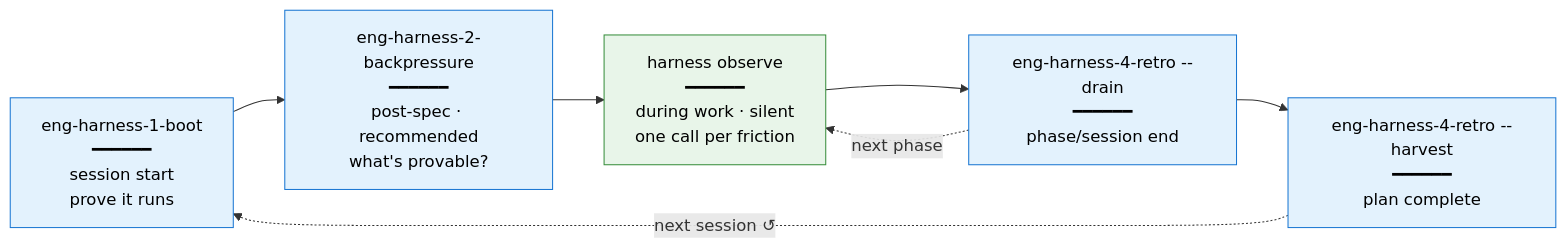
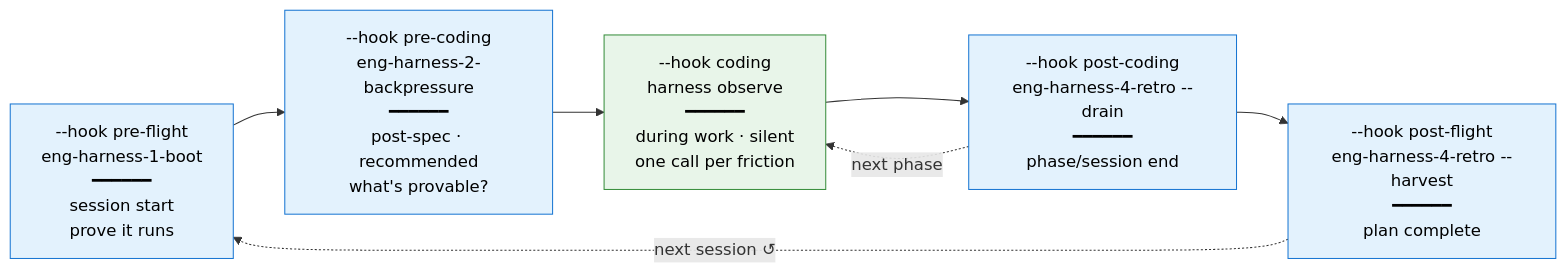
Before and after one commit to AI-Substrate/harness-engineering: the second of 3 diagrams in skills/eng-harness-loop/eng-harness-flow/references/getting-started.md, drawn with Mermaid. The commit also changed other lines of this file and 26 other files, not shown here.

First line of the commit message:
feat(021): five neutral lifecycle hooks for eng-harness-flow (--hook/--hooks/--help) (#25)

````diff
--- a/skills/eng-harness-loop/eng-harness-flow/references/getting-started.md
+++ b/skills/eng-harness-loop/eng-harness-flow/references/getting-started.md
@@ -95,15 +99,15 @@
 ```mermaid
 flowchart LR
     classDef manual fill:#e3f2fd,stroke:#1976d2,color:#000
     classDef auto fill:#e8f5e9,stroke:#388e3c,color:#000
 
-    B["eng-harness-1-boot<br/>━━━━━━<br/>session start<br/>prove it runs"]:::manual
-    BP["eng-harness-2-backpressure<br/>━━━━━━<br/>post-spec · recommended<br/>what's provable?"]:::manual
-    O["harness observe<br/>━━━━━━<br/>during work · silent<br/>one call per friction"]:::auto
-    D["eng-harness-4-retro --drain<br/>━━━━━━<br/>phase/session end"]:::manual
-    H["eng-harness-4-retro --harvest<br/>━━━━━━<br/>plan complete"]:::manual
+    B["--hook pre-flight<br/>eng-harness-1-boot<br/>━━━━━━<br/>session start<br/>prove it runs"]:::manual
+    BP["--hook pre-coding<br/>eng-harness-2-backpressure<br/>━━━━━━<br/>post-spec · recommended<br/>what's provable?"]:::manual
+    O["--hook coding<br/>harness observe<br/>━━━━━━<br/>during work · silent<br/>one call per friction"]:::auto
+    D["--hook post-coding<br/>eng-harness-4-retro --drain<br/>━━━━━━<br/>phase/session end"]:::manual
+    H["--hook post-flight<br/>eng-harness-4-retro --harvest<br/>━━━━━━<br/>plan complete"]:::manual
 
     B --> BP --> O --> D --> H
     D -.->|next phase| O
     H -.->|next session ↺| B
 ```
````
